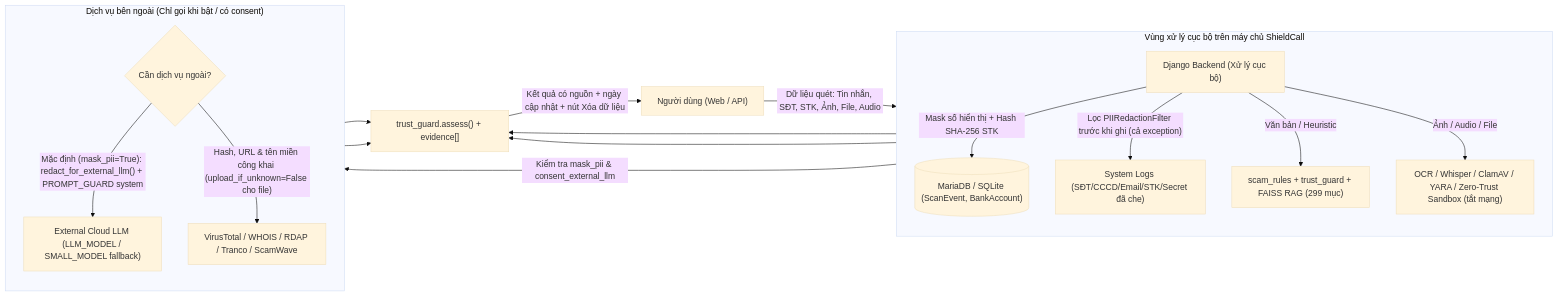
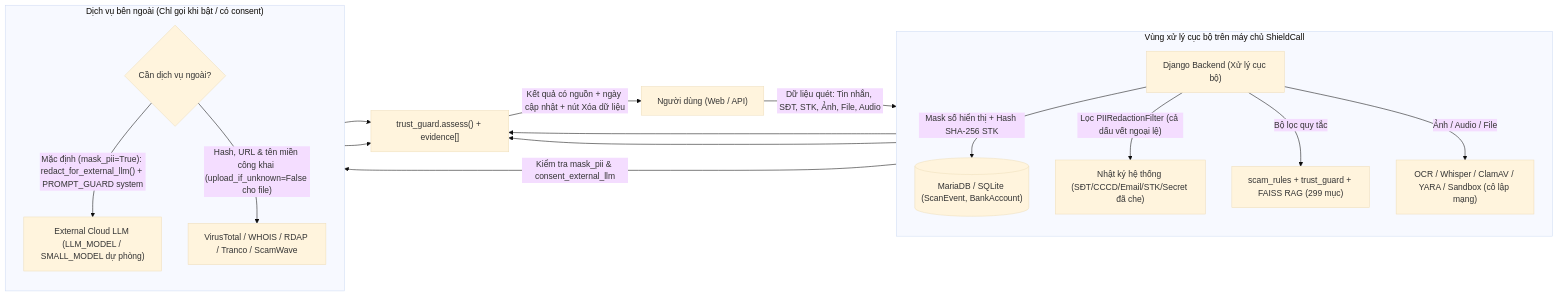
The diagram in docs/BAO_CAO_CAI_TIEN_CHUNG_KET.md (KienPC1234/Sentinel_Team_Project), drawn with Mermaid (base theme) before and after one commit. The commit also changed other lines of this file and 2 other files, not shown here.

````diff
--- a/docs/BAO_CAO_CAI_TIEN_CHUNG_KET.md
+++ b/docs/BAO_CAO_CAI_TIEN_CHUNG_KET.md
@@ -175,26 +185,26 @@
 ```mermaid
 flowchart LR
     U["Người dùng (Web / API)"] -->|"Dữ liệu quét: Tin nhắn, SĐT, STK, Ảnh, File, Audio"| API["Django Backend (Xử lý cục bộ)"]
 
     subgraph LOCAL ["Vùng xử lý cục bộ trên máy chủ ShieldCall"]
         direction TB
         API -->|"Mask số hiển thị + Hash SHA-256 STK"| DB[("MariaDB / SQLite (ScanEvent, BankAccount)")]
-        API -->|"Lọc PIIRedactionFilter trước khi ghi (cả exception)"| LOG["System Logs (SĐT/CCCD/Email/STK/Secret đã che)"]
-        API -->|"Văn bản / Heuristic"| RULES["scam_rules + trust_guard + FAISS RAG (299 mục)"]
-        API -->|"Ảnh / Audio / File"| ISOLATED["OCR / Whisper / ClamAV / YARA / Zero-Trust Sandbox (tắt mạng)"]
+        API -->|"Lọc PIIRedactionFilter (cả dấu vết ngoại lệ)"| LOG["Nhật ký hệ thống (SĐT/CCCD/Email/STK/Secret đã che)"]
+        API -->|"Bộ lọc quy tắc"| RULES["scam_rules + trust_guard + FAISS RAG (299 mục)"]
+        API -->|"Ảnh / Audio / File"| ISOLATED["OCR / Whisper / ClamAV / YARA / Sandbox (cô lập mạng)"]
     end
 
     API -->|"Kiểm tra mask_pii & consent_external_llm"| GATE{"Cần dịch vụ ngoài?"}
 
     subgraph EXT ["Dịch vụ bên ngoài (Chỉ gọi khi bật / có consent)"]
         direction TB
-        GATE -->|"Mặc định (mask_pii=True): redact_for_external_llm() + PROMPT_GUARD system"| CLOUD_LLM["External Cloud LLM (LLM_MODEL / SMALL_MODEL fallback)"]
+        GATE -->|"Mặc định (mask_pii=True): redact_for_external_llm() + PROMPT_GUARD system"| CLOUD_LLM["External Cloud LLM (LLM_MODEL / SMALL_MODEL dự phòng)"]
         GATE -->|"Hash, URL & tên miền công khai (upload_if_unknown=False cho file)"| VT["VirusTotal / WHOIS / RDAP / Tranco / ScamWave"]
     end
 
     RULES --> GUARD["trust_guard.assess() + evidence[]"]
     ISOLATED --> GUARD
     CLOUD_LLM --> GUARD
     VT --> GUARD
     GUARD -->|"Kết quả có nguồn + ngày cập nhật + nút Xóa dữ liệu"| U
 ```
````
